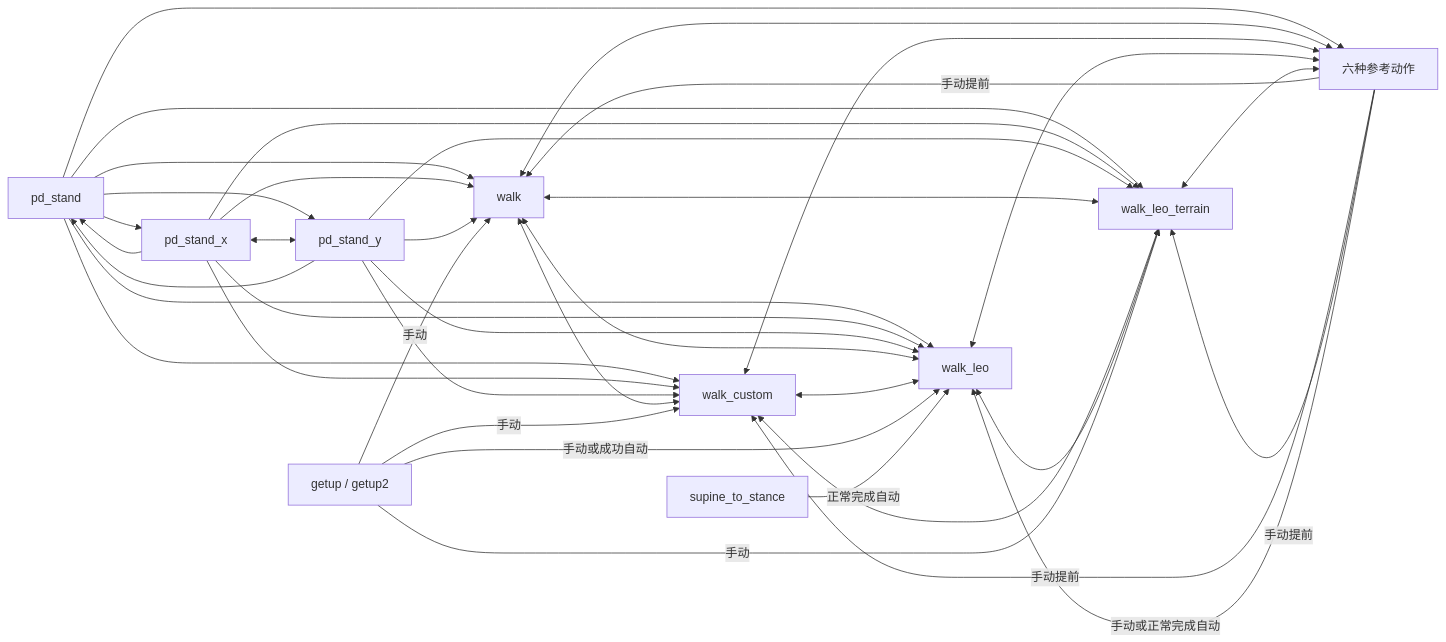
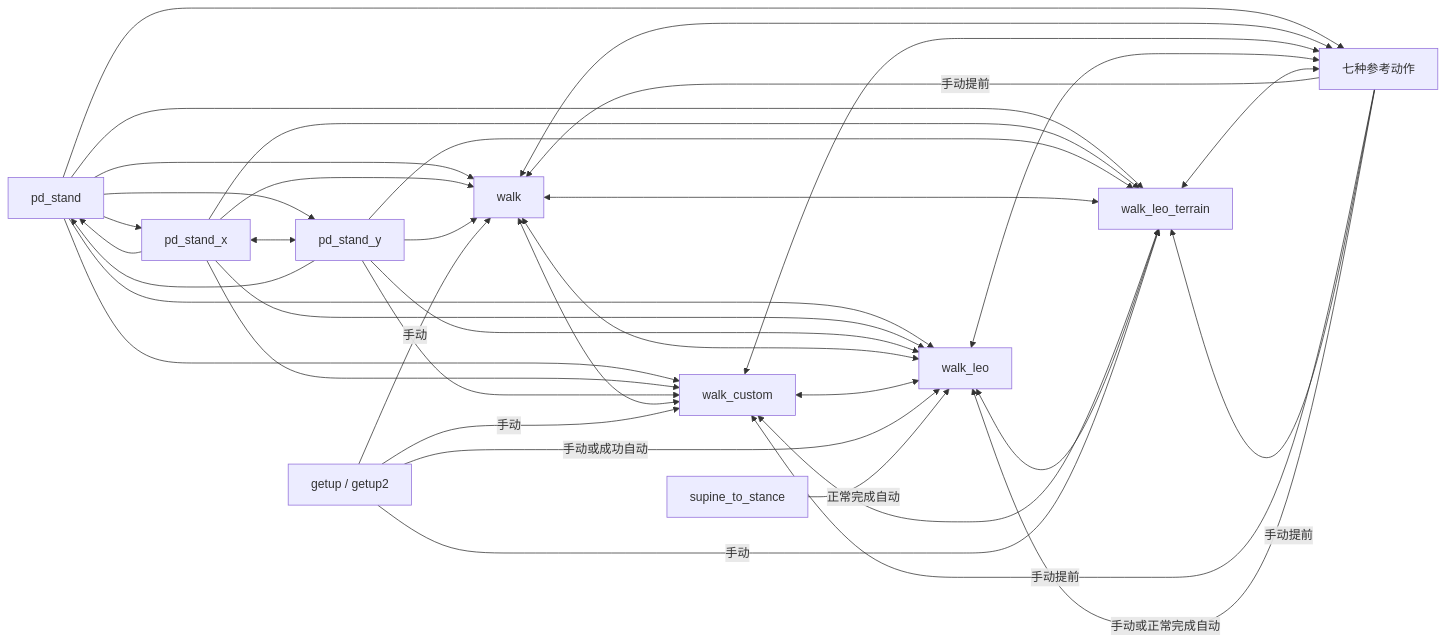
The diagram in docs/t800_motion_transition.md (weishuai-oos/engineai_robotics_native_sdk), drawn with Mermaid before and after one commit. The commit also changed other lines of this file and 18 other files, not shown here.

````diff
--- a/docs/t800_motion_transition.md
+++ b/docs/t800_motion_transition.md
@@ -45,54 +46,54 @@
 ```mermaid
 flowchart LR
   PD[pd_stand]
   W1[walk]
   W2[walk_custom]
   W3[walk_leo]
   W4[walk_leo_terrain]
   PX[pd_stand_x]
   PY[pd_stand_y]
-  A[六种参考动作]
+  A[七种参考动作]
   G[getup / getup2]
   S[supine_to_stance]
 
   PD --> W1
   PD --> W2
   PD --> W3
   PD --> W4
   PD --> A
   PD --> PX
   PD --> PY
 
   PX <--> PY
   PX --> PD
   PY --> PD
   PX --> W1
   PX --> W2
   PX --> W3
   PX --> W4
   PY --> W1
   PY --> W2
   PY --> W3
   PY --> W4
 
   W1 <--> W2
   W1 <--> W3
   W1 <--> W4
   W2 <--> W3
   W2 <--> W4
   W3 <--> W4
   W1 <--> A
   W2 <--> A
   W3 <--> A
   W4 <--> A
 
   G -->|手动| W1
   G -->|手动| W2
   G -->|手动| W4
   G -->|手动或成功自动| W3
   S -->|正常完成自动| W3
   A -->|手动提前| W1
   A -->|手动提前| W2
   A -->|手动提前| W4
   A -->|手动或正常完成自动| W3
 ```
````
